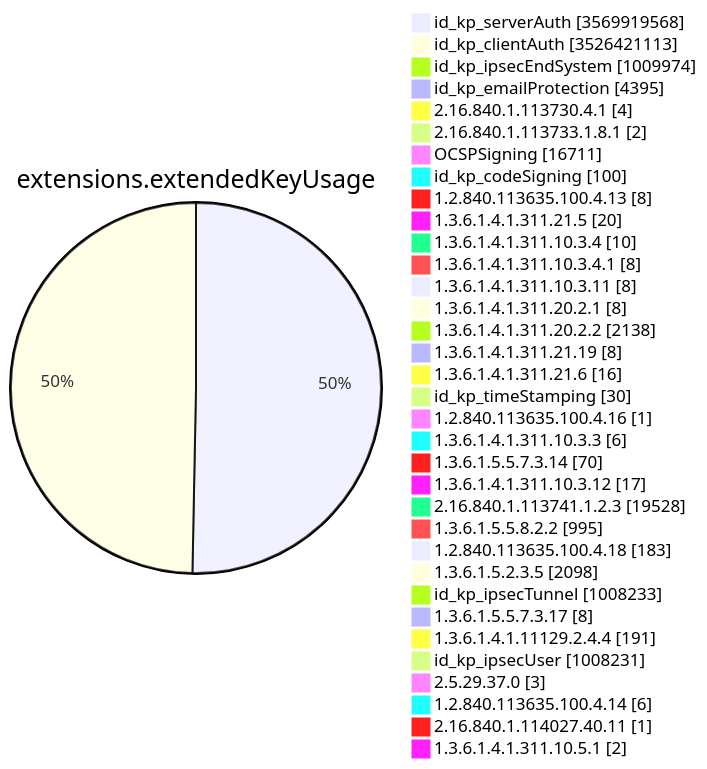
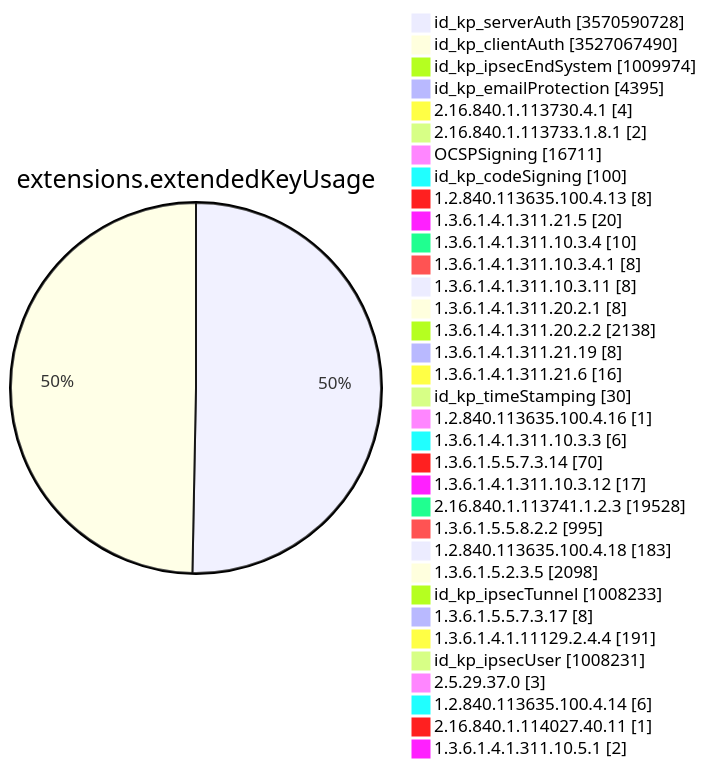
Diagram 11 of 15 in TOTAL/README.md (christiankrug/ctmonitor_visualization), drawn with Mermaid before and after one commit. The commit also changed other lines of this file, not shown here.

````diff
--- a/TOTAL/README.md
+++ b/TOTAL/README.md
@@ -4128,38 +4128,38 @@
 ```mermaid
 pie showData
 title extensions.extendedKeyUsage
-"id_kp_serverAuth" :3569919568
-"id_kp_clientAuth" :3526421113
+"id_kp_serverAuth" :3570590728
+"id_kp_clientAuth" :3527067490
 "id_kp_ipsecEndSystem" :1009974
 "id_kp_emailProtection" :4395
 "2.16.840.1.113730.4.1" :4
 "2.16.840.1.113733.1.8.1" :2
 "OCSPSigning" :16711
 "id_kp_codeSigning" :100
 "1.2.840.113635.100.4.13" :8
 "1.3.6.1.4.1.311.21.5" :20
 "1.3.6.1.4.1.311.10.3.4" :10
 "1.3.6.1.4.1.311.10.3.4.1" :8
 "1.3.6.1.4.1.311.10.3.11" :8
 "1.3.6.1.4.1.311.20.2.1" :8
 "1.3.6.1.4.1.311.20.2.2" :2138
 "1.3.6.1.4.1.311.21.19" :8
 "1.3.6.1.4.1.311.21.6" :16
 "id_kp_timeStamping" :30
 "1.2.840.113635.100.4.16" :1
 "1.3.6.1.4.1.311.10.3.3" :6
 "1.3.6.1.5.5.7.3.14" :70
 "1.3.6.1.4.1.311.10.3.12" :17
 "2.16.840.1.113741.1.2.3" :19528
 "1.3.6.1.5.5.8.2.2" :995
 "1.2.840.113635.100.4.18" :183
 "1.3.6.1.5.2.3.5" :2098
 "id_kp_ipsecTunnel" :1008233
 "1.3.6.1.5.5.7.3.17" :8
 "1.3.6.1.4.1.11129.2.4.4" :191
 "id_kp_ipsecUser" :1008231
 "2.5.29.37.0" :3
 "1.2.840.113635.100.4.14" :6
 "2.16.840.1.114027.40.11" :1
 "1.3.6.1.4.1.311.10.5.1" :2
 ```
````
